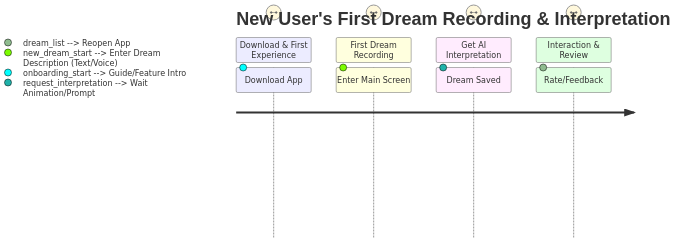
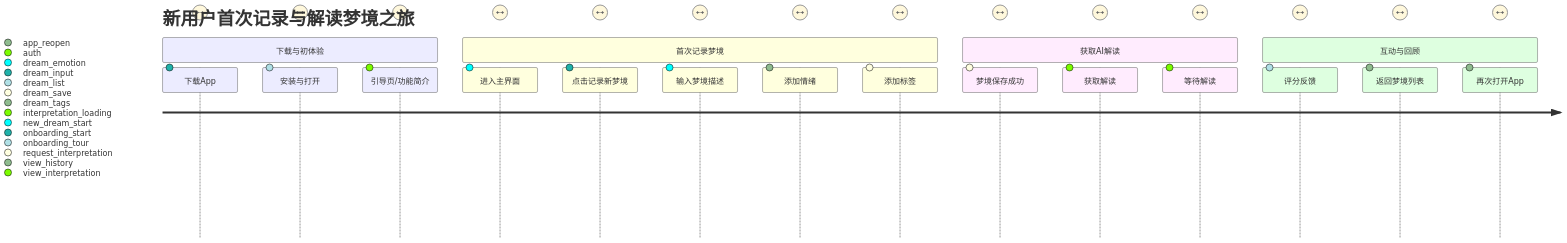
Before and after one commit to cluo0005/MeadowDream: the second of 8 diagrams in docs/PRD.md, drawn with Mermaid. The commit also changed other lines of this file, not shown here.

````diff
--- a/docs/PRD.md
+++ b/docs/PRD.md
@@ -373,12 +373,22 @@
 ```mermaid
 journey
-    title New User's First Dream Recording & Interpretation
-    section Download & First Experience
-      Download App: descoberta --> Install & Open: onboarding_start --> Guide/Feature Intro: onboarding_tour --> Sign Up/Login: auth
-    section First Dream Recording
-      Enter Main Screen: home_empty --> Click "Record New Dream": new_dream_start --> Enter Dream Description (Text/Voice): dream_input_text_voice --> Add Emotion: dream_input_emotion --> Add Tags: dream_input_tags --> Save Dream: dream_save
-    section Get AI Interpretation
-      Dream Saved: dream_save_success --> Click "Get Interpretation": request_interpretation --> Wait Animation/Prompt: interpretation_loading --> View Result: view_interpretation
-    section Interaction & Review
-      Rate/Feedback: interpretation_feedback --> Return to Dream List: dream_list --> Reopen App: app_reopen --> View History: view_history
+    title 新用户首次记录与解读梦境之旅
+    section 下载与初体验
+      下载App: 发现了 --> 安装与打开: onboarding_start 
+      安装与打开: onboarding_start --> 引导页/功能简介: onboarding_tour 
+      引导页/功能简介: onboarding_tour --> 注册/登录: auth
+    section 首次记录梦境
+      进入主界面: home_empty --> 点击记录新梦境: new_dream_start 
+      点击记录新梦境: new_dream_start --> 输入梦境描述: dream_input 
+      输入梦境描述: dream_input --> 添加情绪: dream_emotion 
+      添加情绪: dream_emotion --> 添加标签: dream_tags 
+      添加标签: dream_tags --> 保存梦境: dream_save
+    section 获取AI解读
+      梦境保存成功: dream_save_success --> 获取解读: request_interpretation 
+      获取解读: request_interpretation --> 等待解读: interpretation_loading 
+      等待解读: interpretation_loading --> 查看解读结果: view_interpretation
+    section 互动与回顾
+      评分反馈: interpretation_feedback --> 返回梦境列表: dream_list 
+      返回梦境列表: dream_list --> 再次打开App: app_reopen 
+      再次打开App: app_reopen --> 查看历史梦境: view_history
 ```
````
